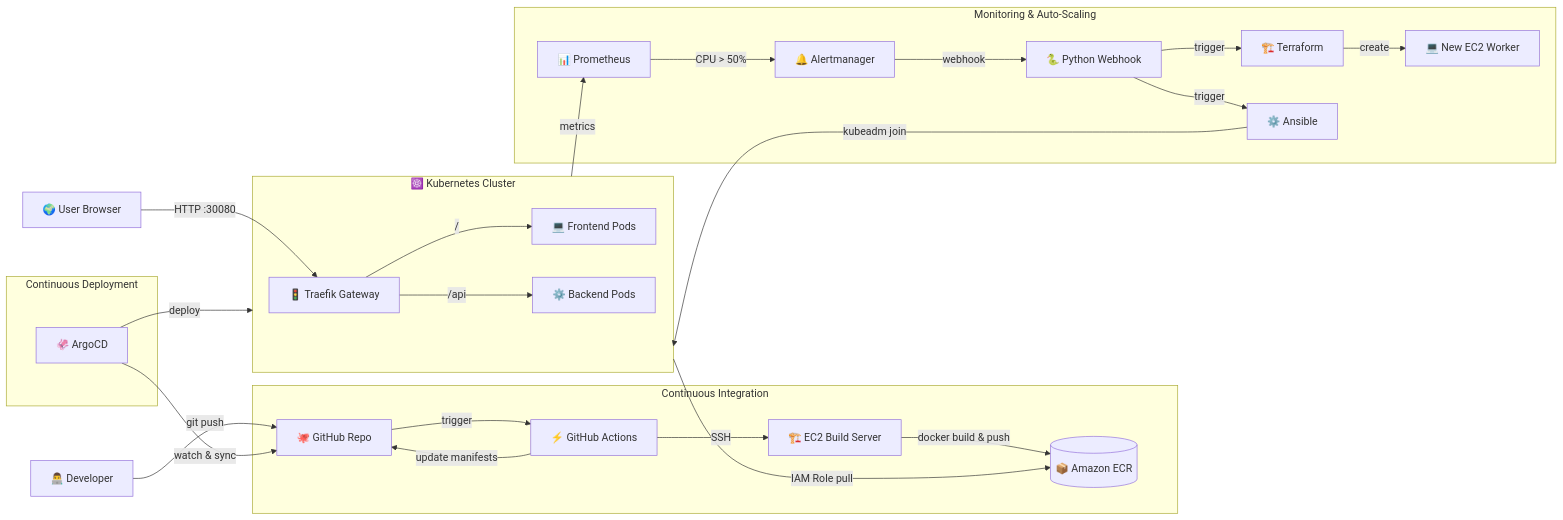
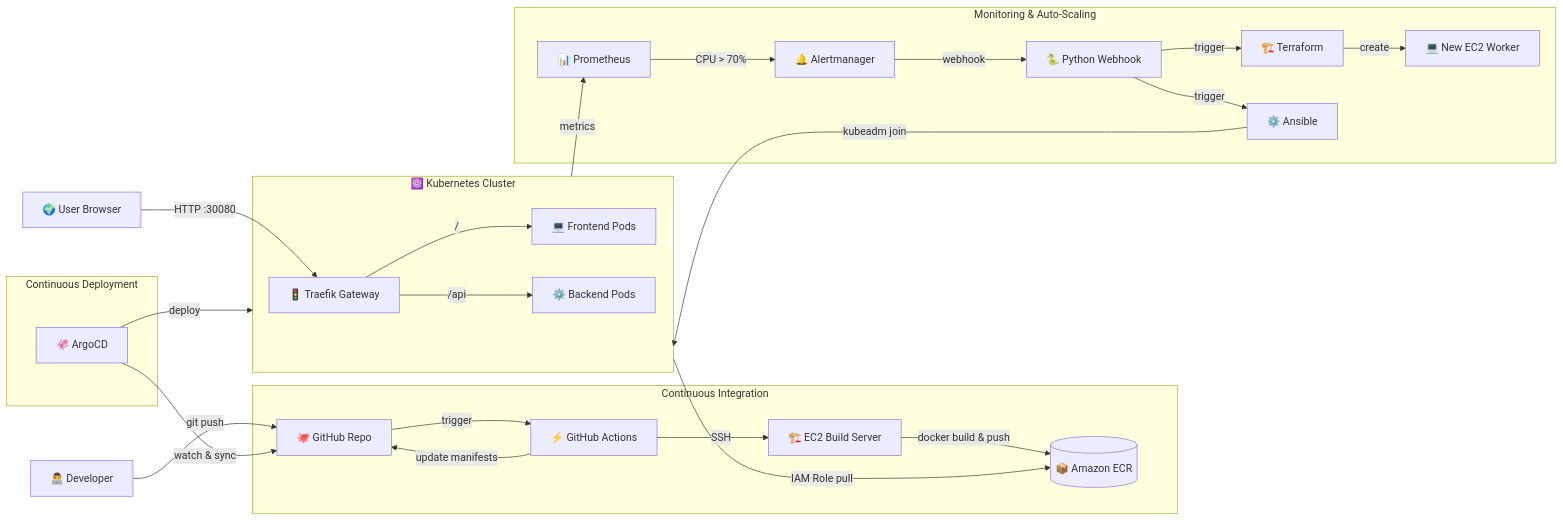
The diagram in README.md (kien-devops/cicd-ecr-kube-ec2-gitaction), drawn with Mermaid before and after one commit. The commit also changed other lines of this file and 5 other files, not shown here.

````diff
--- a/README.md
+++ b/README.md
@@ -30,60 +30,60 @@
 ```mermaid
 flowchart LR
     %% External Actors
     Dev[👨‍💻 Developer]
     User[🌍 User Browser]
 
     %% CI Pipeline
     subgraph CI [Continuous Integration]
         GitHub[🐙 GitHub Repo]
         Actions[⚡ GitHub Actions]
         BuildEC2[🏗️ EC2 Build Server]
         ECR[(📦 Amazon ECR)]
     end
 
     %% CD Pipeline
     subgraph CD [Continuous Deployment]
         ArgoCD[🦑 ArgoCD]
     end
 
     %% Kubernetes Runtime
     subgraph K8s [☸️ Kubernetes Cluster]
         Traefik[🚦 Traefik Gateway]
         FE[💻 Frontend Pods]
         BE[⚙️ Backend Pods]
     end
 
     %% Monitoring & Scaling
     subgraph AutoScale [Monitoring & Auto-Scaling]
         Prometheus[📊 Prometheus]
         Alertmanager[🔔 Alertmanager]
         Webhook[🐍 Python Webhook]
         Terraform[🏗️ Terraform]
         Ansible[⚙️ Ansible]
         NewNode[💻 New EC2 Worker]
     end
 
     %% Flow connections
     Dev -->|git push| GitHub
     GitHub -->|trigger| Actions
     Actions -->|SSH| BuildEC2
     BuildEC2 -->|docker build & push| ECR
     Actions -->|update manifests| GitHub
 
     ArgoCD -->|watch & sync| GitHub
     ArgoCD -->|deploy| K8s
     
     K8s -->|IAM Role pull| ECR
 
     User -->|HTTP :30080| Traefik
     Traefik -->|/| FE
     Traefik -->|/api| BE
 
     K8s -->|metrics| Prometheus
-    Prometheus -->|CPU > 50%| Alertmanager
+    Prometheus -->|CPU > 70%| Alertmanager
     Alertmanager -->|webhook| Webhook
     Webhook -->|trigger| Terraform
     Terraform -->|create| NewNode
     Webhook -->|trigger| Ansible
     Ansible -->|kubeadm join| K8s
 ```
````
